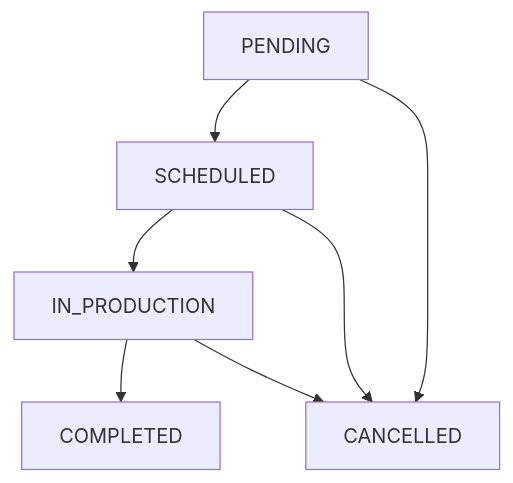
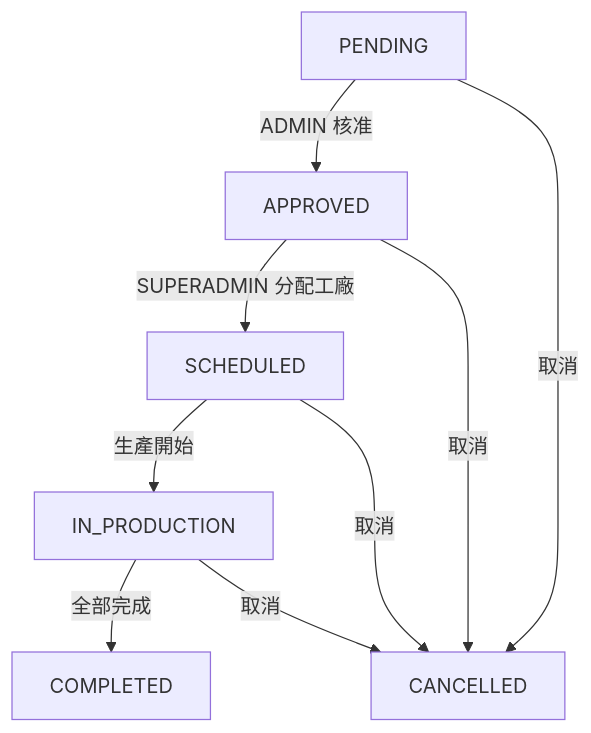
One commit to shangjung1012/Wafer-Fabrication-Scheduling changed the diagram in .cursor/docs/orders_lifecycle.md. Above: the diagram before and after it, drawn with Mermaid. The commit also changed other lines of this file and 6 other files, not shown here.

Commit message:
update to schema, add enum for type, rm orderPermission

````diff
--- a/.cursor/docs/orders_lifecycle.md
+++ b/.cursor/docs/orders_lifecycle.md
@@ -16,9 +17,11 @@
 ```mermaid
 flowchart TD
-  PENDING --> SCHEDULED
-  SCHEDULED --> IN_PRODUCTION
-  IN_PRODUCTION --> COMPLETED
-  PENDING --> CANCELLED
-  SCHEDULED --> CANCELLED
-  IN_PRODUCTION --> CANCELLED
+  PENDING -->|ADMIN 核准| APPROVED
+  APPROVED -->|SUPERADMIN 分配工廠| SCHEDULED
+  SCHEDULED -->|生產開始| IN_PRODUCTION
+  IN_PRODUCTION -->|全部完成| COMPLETED
+  PENDING -->|取消| CANCELLED
+  APPROVED -->|取消| CANCELLED
+  SCHEDULED -->|取消| CANCELLED
+  IN_PRODUCTION -->|取消| CANCELLED
 ```
````
